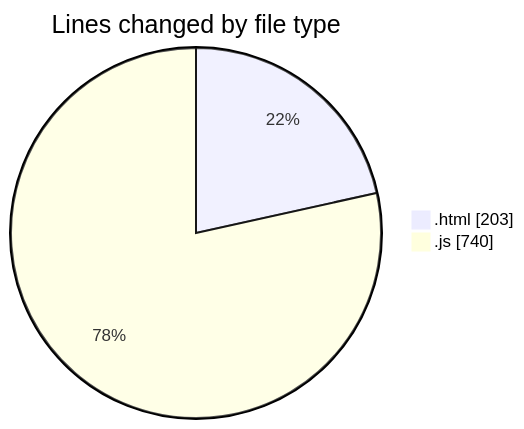
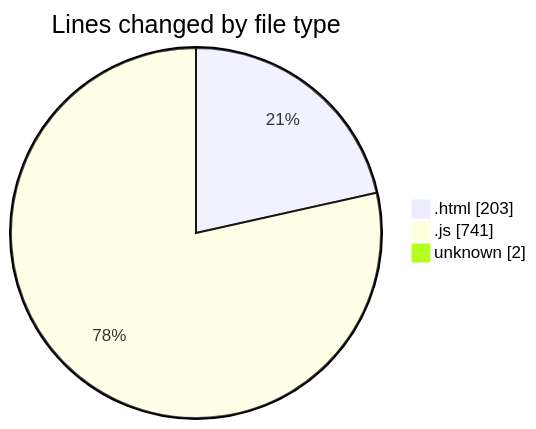
Before and after one commit to nxtqubesakshisongat/code-tracking: the first of 2 diagrams in 2025-09-07/cashcalculator/README.md, drawn with Mermaid. The commit also changed other lines of this file and 1 other file, not shown here.

````diff
--- a/2025-09-07/cashcalculator/README.md
+++ b/2025-09-07/cashcalculator/README.md
@@ -21,6 +22,7 @@
 ```mermaid
 pie showData
 title Lines changed by file type
 ".html" : 203
-".js" : 740
+".js" : 741
+"unknown" : 2
 ```
````
